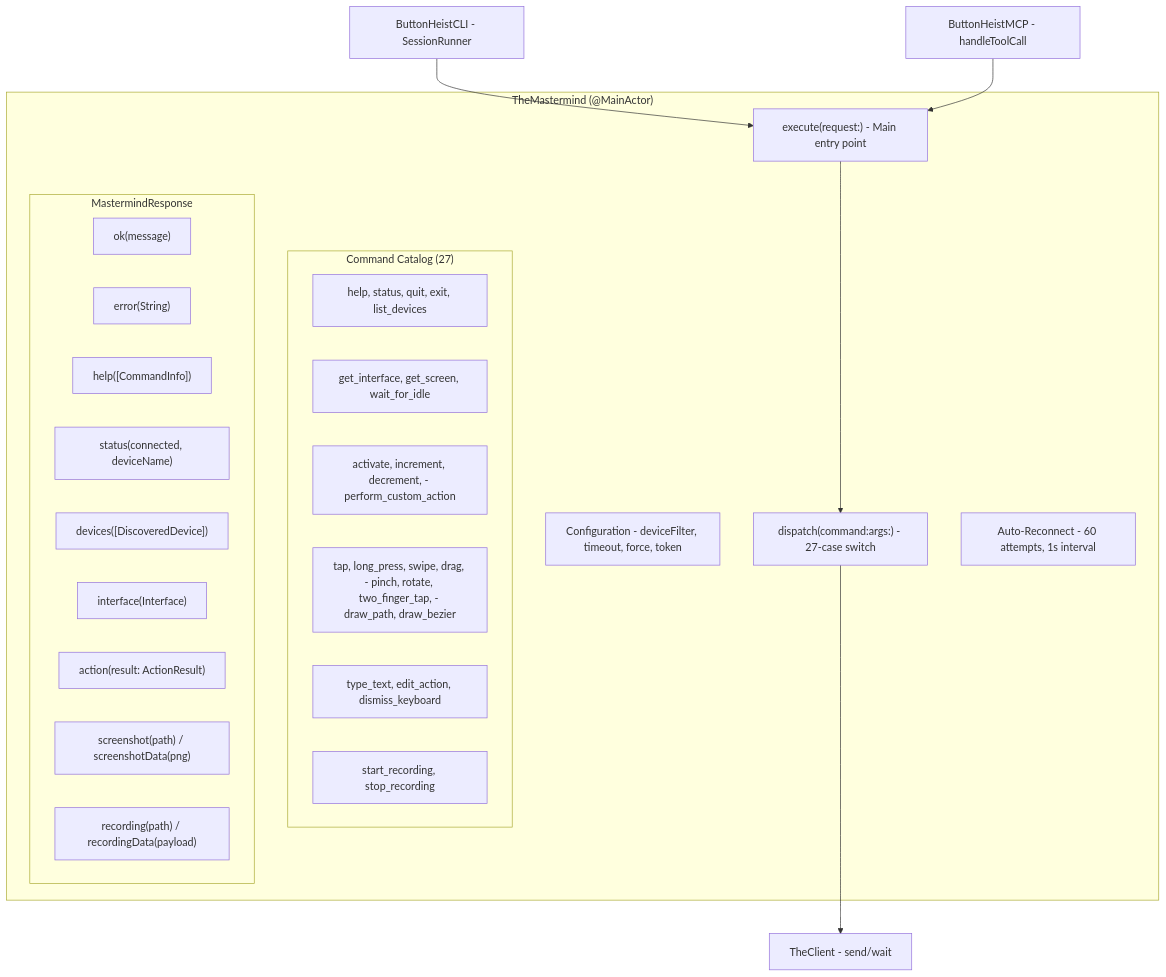
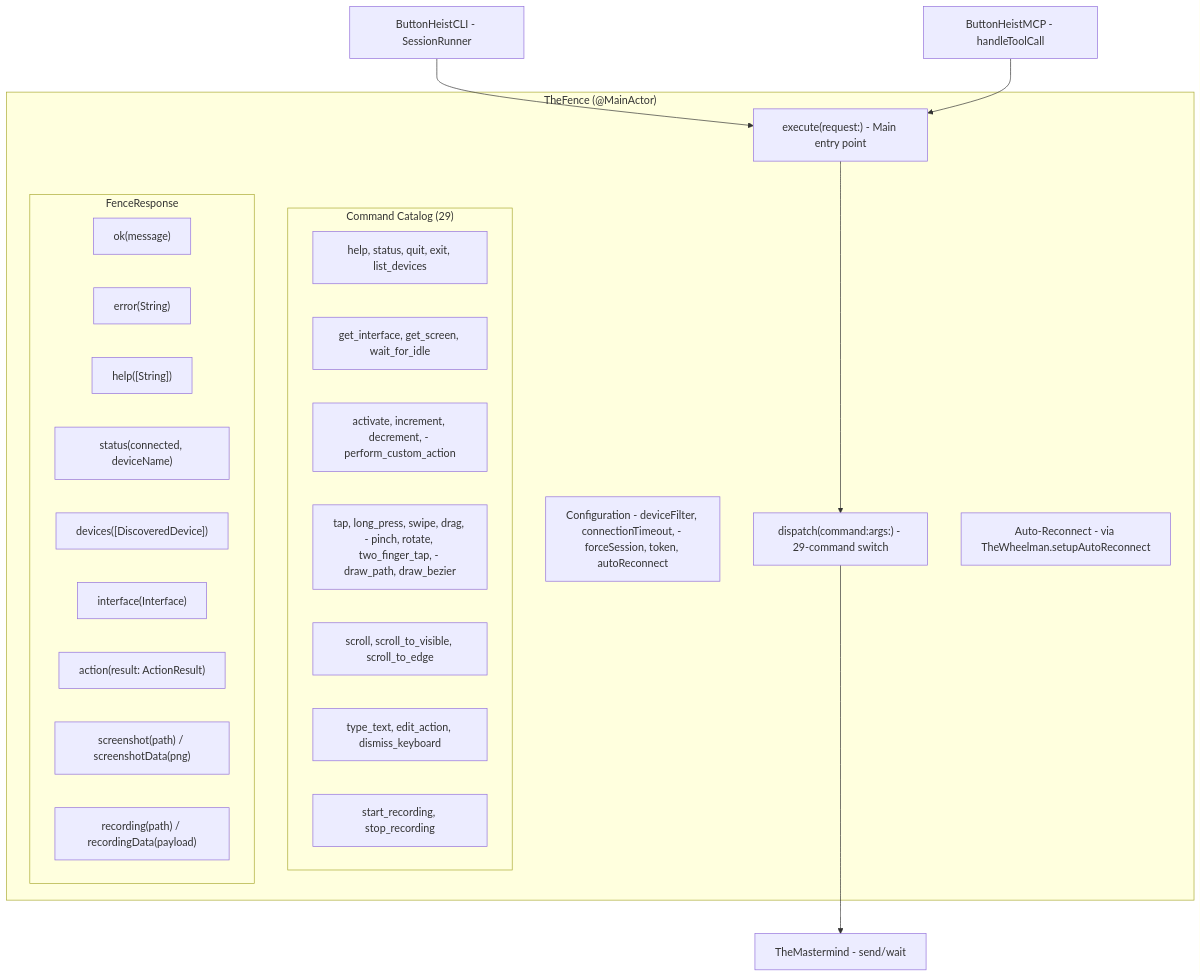
The first of 3 diagrams in docs/dossiers/10-THEFENCE.md (RoyalPineapple/TheButtonHeist), drawn with Mermaid before and after one commit. The commit also changed other lines of this file and 15 other files, not shown here.

````diff
--- a/docs/dossiers/10-THEFENCE.md
+++ b/docs/dossiers/10-THEFENCE.md
@@ -20,35 +20,36 @@
 ```mermaid
 graph TD
-    subgraph TheMastermind["TheMastermind (@MainActor)"]
-        Config["Configuration - deviceFilter, timeout, force, token"]
+    subgraph TheFence["TheFence (@MainActor)"]
+        Config["Configuration - deviceFilter, connectionTimeout, - forceSession, token, autoReconnect"]
         Execute["execute(request:) - Main entry point"]
-        Dispatch["dispatch(command:args:) - 27-case switch"]
-        Reconnect["Auto-Reconnect - 60 attempts, 1s interval"]
+        Dispatch["dispatch(command:args:) - 29-command switch"]
+        Reconnect["Auto-Reconnect - via TheWheelman.setupAutoReconnect"]
 
-        subgraph Commands["Command Catalog (27)"]
+        subgraph Commands["Command Catalog (29)"]
             Conn["help, status, quit, exit, list_devices"]
             IF["get_interface, get_screen, wait_for_idle"]
             Access["activate, increment, decrement, - perform_custom_action"]
             Gesture["tap, long_press, swipe, drag, - pinch, rotate, two_finger_tap, - draw_path, draw_bezier"]
+            Scroll["scroll, scroll_to_visible, scroll_to_edge"]
             Text["type_text, edit_action, dismiss_keyboard"]
             Rec["start_recording, stop_recording"]
         end
 
-        subgraph Response["MastermindResponse"]
+        subgraph Response["FenceResponse"]
             Ok["ok(message)"]
             Err["error(String)"]
-            Help["help([CommandInfo])"]
+            Help["help([String])"]
             Status["status(connected, deviceName)"]
             DevList["devices([DiscoveredDevice])"]
             IFResp["interface(Interface)"]
             Action["action(result: ActionResult)"]
             Screenshot["screenshot(path) / screenshotData(png)"]
             Recording["recording(path) / recordingData(payload)"]
         end
     end
 
     CLI["ButtonHeistCLI - SessionRunner"] --> Execute
     MCP["ButtonHeistMCP - handleToolCall"] --> Execute
     Execute --> Dispatch
-    Dispatch --> TheClient["TheClient - send/wait"]
+    Dispatch --> Client["TheMastermind - send/wait"]
 ```
````
